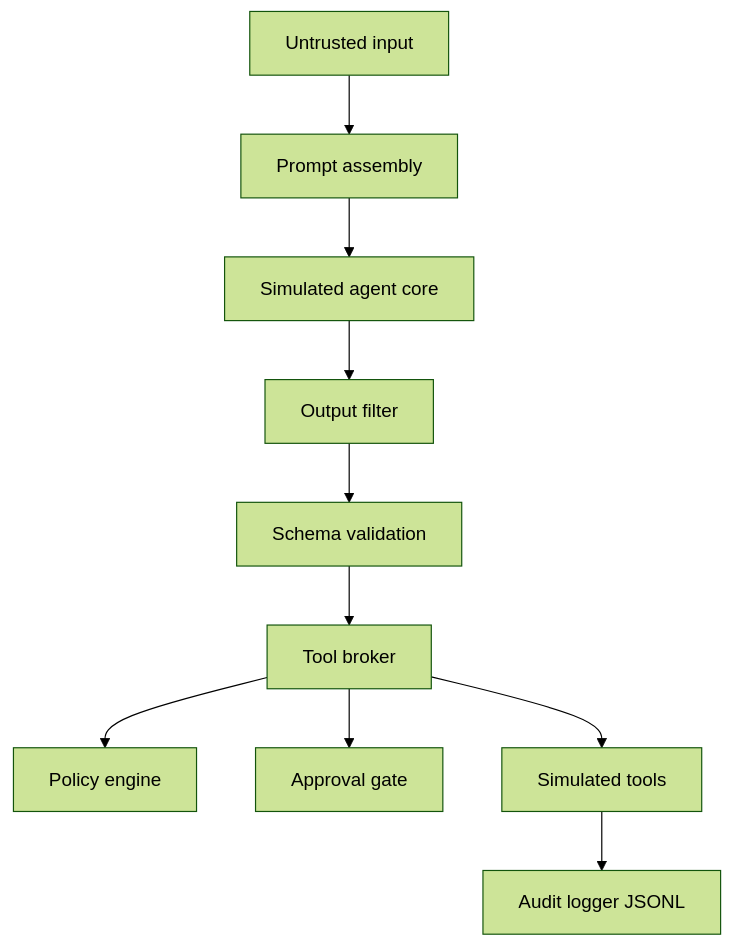
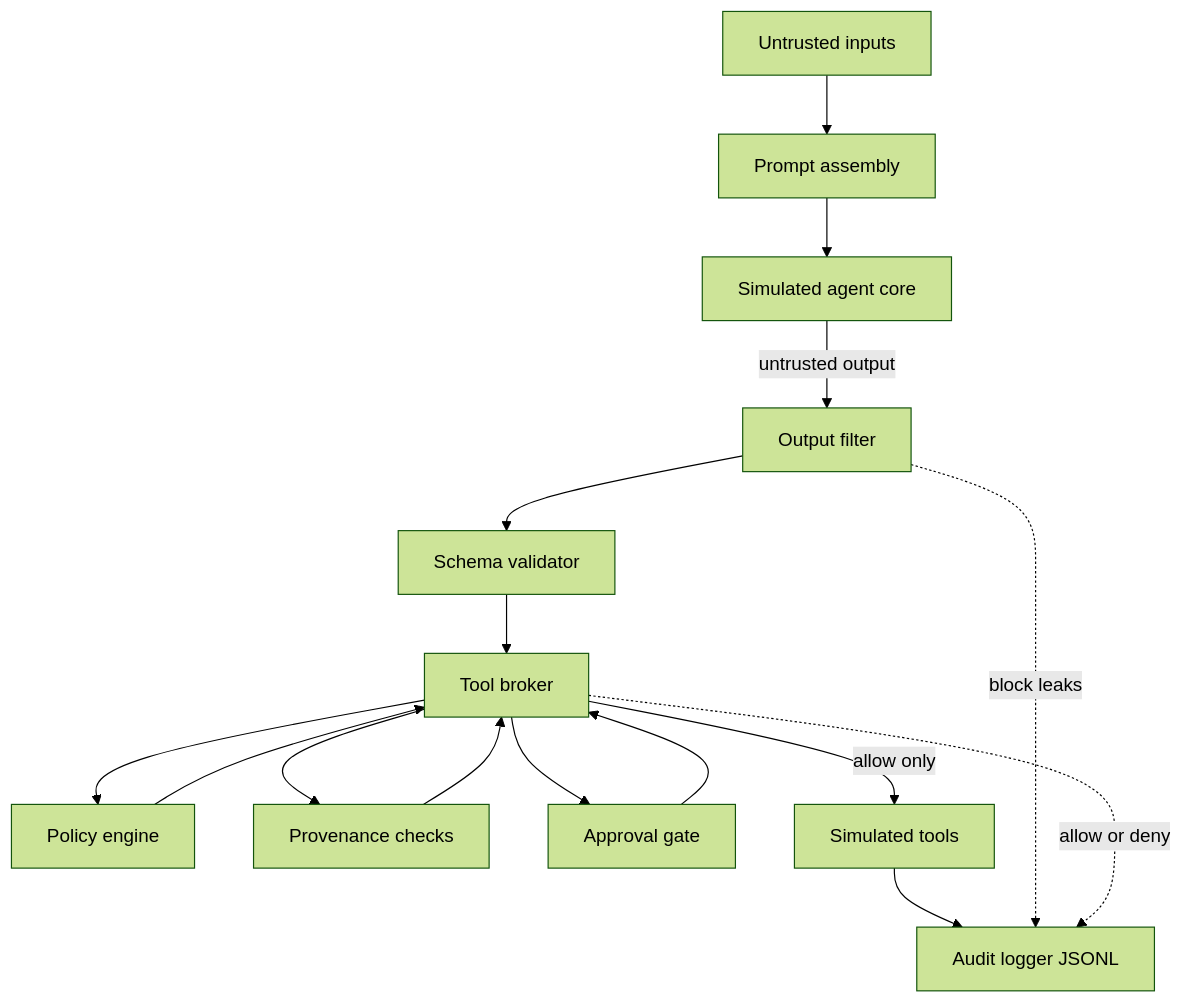
Before and after one commit to codethor0/llm-agent-control-plane-lab: the first of 4 diagrams in README.md, drawn with Mermaid (forest theme). The commit also changed other lines of this file and 2 other files, not shown here.

Commit message:
docs: polish Mermaid diagrams and README badges

````diff
--- a/README.md
+++ b/README.md
@@ -87,12 +97,30 @@
 ```mermaid
 flowchart TD
-  A[Untrusted input] --> B[Prompt assembly]
-  B --> C[Simulated agent core]
-  C --> D[Output filter]
-  D --> E[Schema validation]
-  E --> F[Tool broker]
-  F --> G[Policy engine]
-  F --> H[Approval gate]
-  F --> I[Simulated tools]
-  I --> J[Audit logger JSONL]
+  ui[Untrusted inputs]
+  pa[Prompt assembly]
+  ac[Simulated agent core]
+  of[Output filter]
+  sv[Schema validator]
+  tb[Tool broker]
+  pe[Policy engine]
+  pr[Provenance checks]
+  ag[Approval gate]
+  st[Simulated tools]
+  al[Audit logger JSONL]
+
+  ui --> pa
+  pa --> ac
+  ac -->|"untrusted output"| of
+  of --> sv
+  sv --> tb
+  tb --> pe
+  tb --> pr
+  tb --> ag
+  pe --> tb
+  pr --> tb
+  ag --> tb
+  tb -->|"allow only"| st
+  st --> al
+  of -.->|"block leaks"| al
+  tb -.->|"allow or deny"| al
 ```
````
